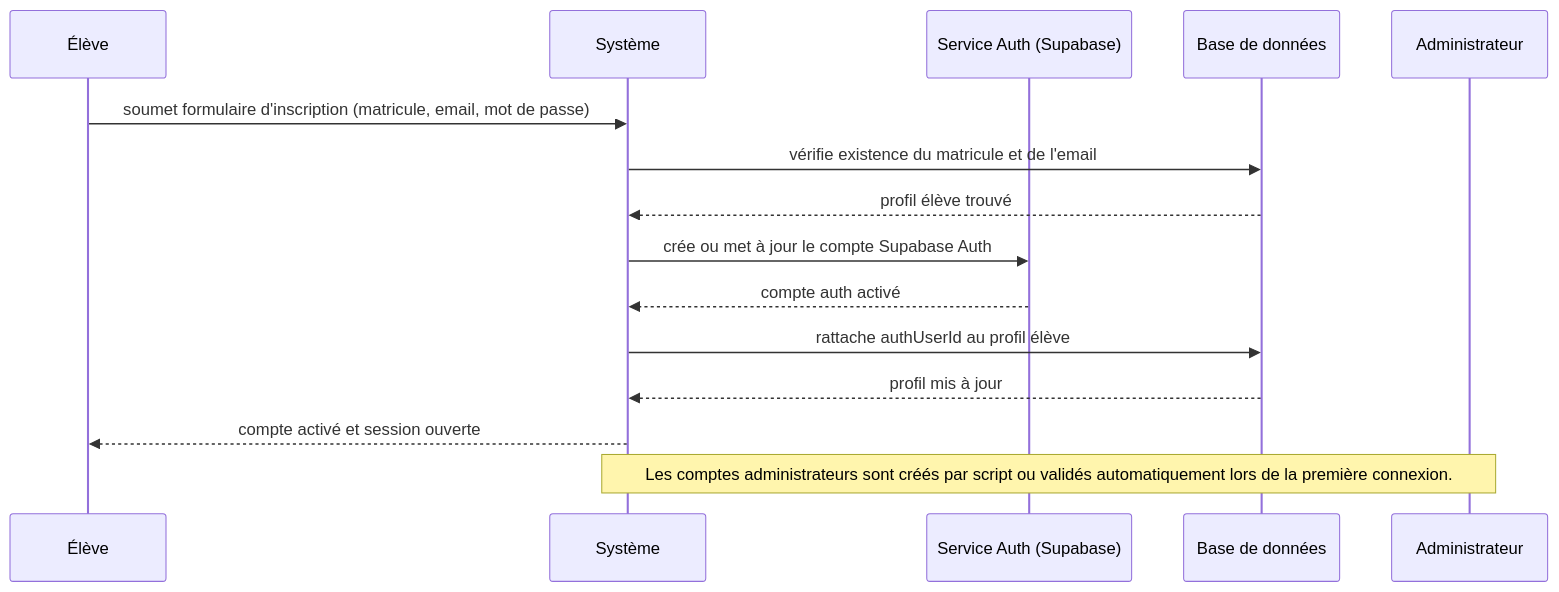
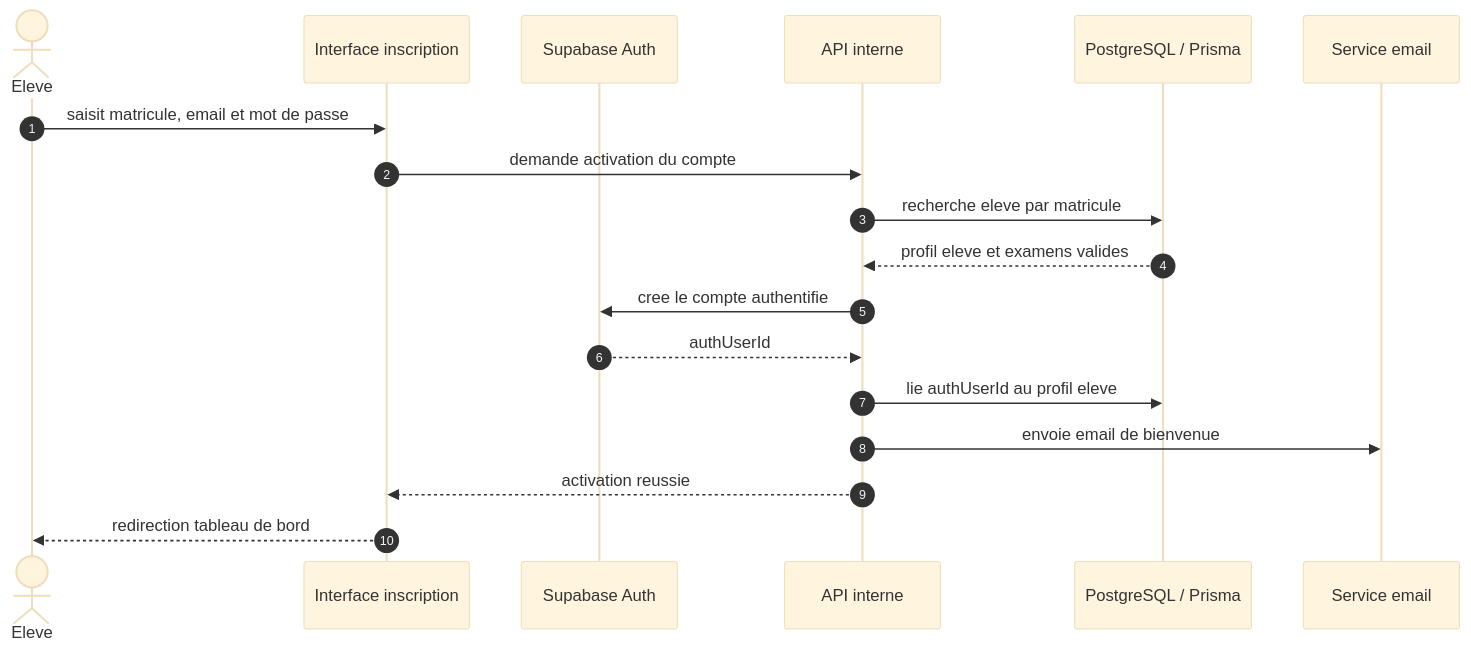
The third of 11 diagrams in docs/diagrammes_uml_mis_a_jour.md (yoppanjikamf/application-demande-document-academique), drawn with Mermaid before and after one commit. The commit also changed other lines of this file and 445 other files, not shown here.

````diff
--- a/docs/diagrammes_uml_mis_a_jour.md
+++ b/docs/diagrammes_uml_mis_a_jour.md
@@ -388,18 +399,22 @@
 ```mermaid
+%%{init: {"theme": "base", "themeVariables": {"fontFamily": "Arial", "fontSize": "20px"}}}%%
 sequenceDiagram
-    participant Eleve as Élève
-    participant Systeme as Système
-    participant Auth as Service Auth (Supabase)
-    participant BDD as Base de données
-    participant Admin as Administrateur
+    autonumber
+    actor Eleve
+    participant UI as Interface inscription
+    participant Auth as Supabase Auth
+    participant API as API interne
+    participant DB as PostgreSQL / Prisma
+    participant Mail as Service email
 
-    Eleve->>Systeme: soumet formulaire d'inscription (matricule, email, mot de passe)
-    Systeme->>BDD: vérifie existence du matricule et de l'email
-    BDD-->>Systeme: profil élève trouvé
-    Systeme->>Auth: crée ou met à jour le compte Supabase Auth
-    Auth-->>Systeme: compte auth activé
-    Systeme->>BDD: rattache authUserId au profil élève
-    BDD-->>Systeme: profil mis à jour
-    Systeme-->>Eleve: compte activé et session ouverte
-    Note over Admin,Systeme: Les comptes administrateurs sont créés par script ou validés automatiquement lors de la première connexion.
+    Eleve->>UI: saisit matricule, email et mot de passe
+    UI->>API: demande activation du compte
+    API->>DB: recherche eleve par matricule
+    DB-->>API: profil eleve et examens valides
+    API->>Auth: cree le compte authentifie
+    Auth-->>API: authUserId
+    API->>DB: lie authUserId au profil eleve
+    API->>Mail: envoie email de bienvenue
+    API-->>UI: activation reussie
+    UI-->>Eleve: redirection tableau de bord
 ```
````
